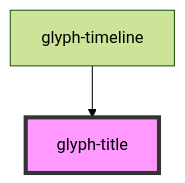
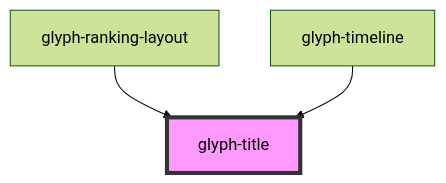
The diagram in packages/glyph-components/src/components/title/readme.md (adrianiy/synth-ui), drawn with Mermaid (forest theme) before and after one commit. The commit also changed other lines of this file and 18 other files, not shown here.

Commit message:
feat(ranking): add ranking layout with header options

````diff
--- a/packages/glyph-components/src/components/title/readme.md
+++ b/packages/glyph-components/src/components/title/readme.md
@@ -22,5 +23,6 @@
 ```mermaid
 graph TD;
+  glyph-ranking-layout --> glyph-title
   glyph-timeline --> glyph-title
   style glyph-title fill:#f9f,stroke:#333,stroke-width:4px
 ```
````
